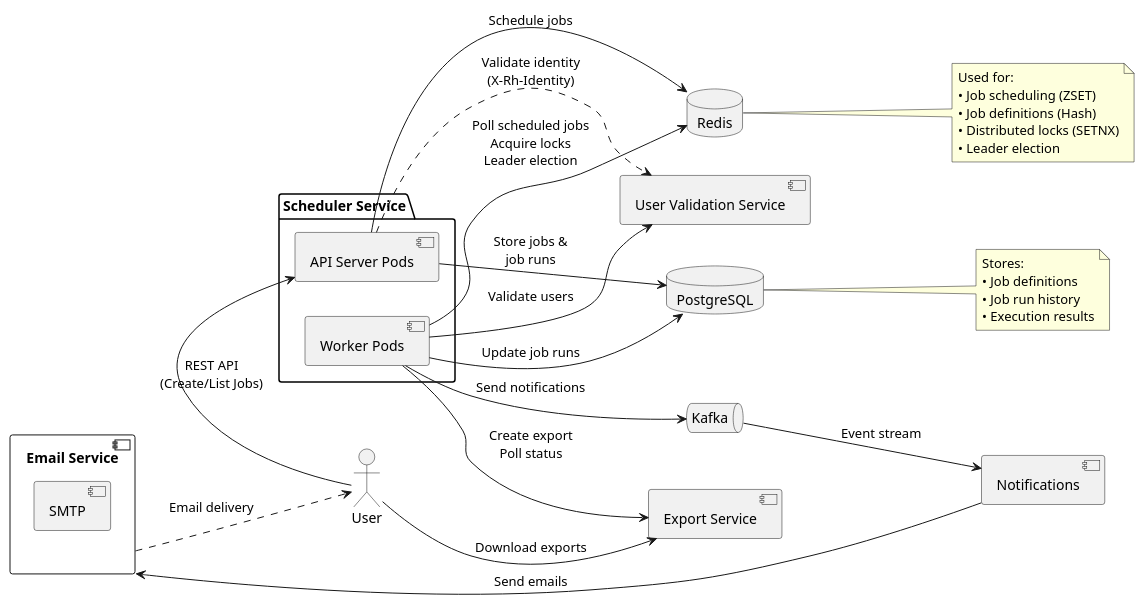
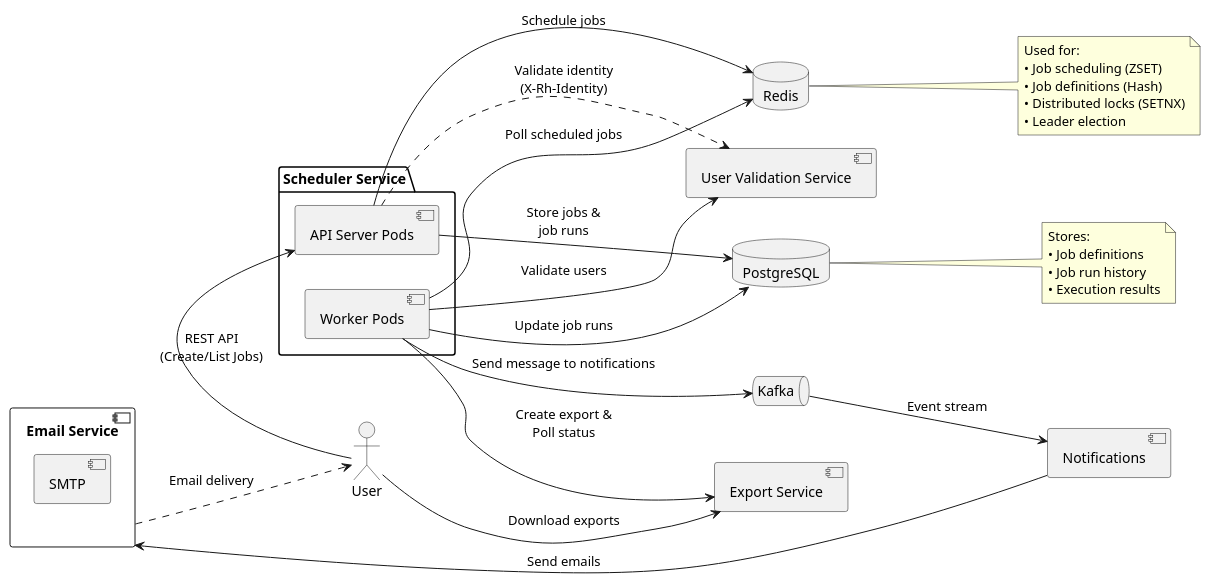
Before and after one commit to RedHatInsights/scheduler: the diagram in docs/architecture.puml, drawn with PlantUML. The commit also changed 1 other file, not shown here.

```diff
--- a/docs/architecture.puml
+++ b/docs/architecture.puml
@@ -1,82 +1,82 @@
 @startuml
 left to right direction
 
 ' External actors
 actor User
 
 ' API Layer
 package "Scheduler Service" {
     component "API Server Pods" as API {
     }
 
     component "Worker Pods" as Worker {
     }
 }
 
 ' Storage Layer
 database "PostgreSQL" as DB {
 }
 
 database "Redis" as Cache {
 }
 
 component "User Validation Service" as BOP {
 }
 
 component "Export Service" as Export {
 }
 
 queue "Kafka" as Kafka {
 }
 
 component "Notifications" as Notif {
 }
 
 component "Email Service" as Email {
   [SMTP]
 }
 
 ' User interactions
 User --> API : REST API\n(Create/List Jobs)
 User --> Export : Download exports
 
 ' API Server connections
 API --> DB : Store jobs &\njob runs
 API --> Cache : Schedule jobs
 API ..> BOP : Validate identity\n(X-Rh-Identity)
 
 ' Worker connections
-Worker --> Cache : Poll scheduled jobs\nAcquire locks\nLeader election
+Worker --> Cache : Poll scheduled jobs
 Worker --> DB : Update job runs
 Worker --> BOP : Validate users
-Worker --> Export : Create export\nPoll status
-Worker --> Kafka : Send notifications
+Worker --> Export : Create export &\nPoll status
+Worker --> Kafka : Send message to notifications
 
 ' External service flow
 Kafka --> Notif : Event stream
 Notif --> Email : Send emails
 Email ..> User : Email delivery
 
 'note right of Worker
 '  Multiple worker pods
 '  run concurrently with
 '  leader election and
 '  distributed locking
 'end note
 
 note right of Cache
   Used for:
   • Job scheduling (ZSET)
   • Job definitions (Hash)
   • Distributed locks (SETNX)
   • Leader election
 end note
 
 note right of DB
   Stores:
   • Job definitions
   • Job run history
   • Execution results
 end note
 
 @enduml
```
